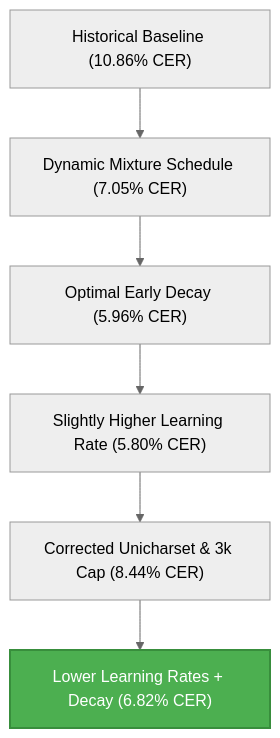
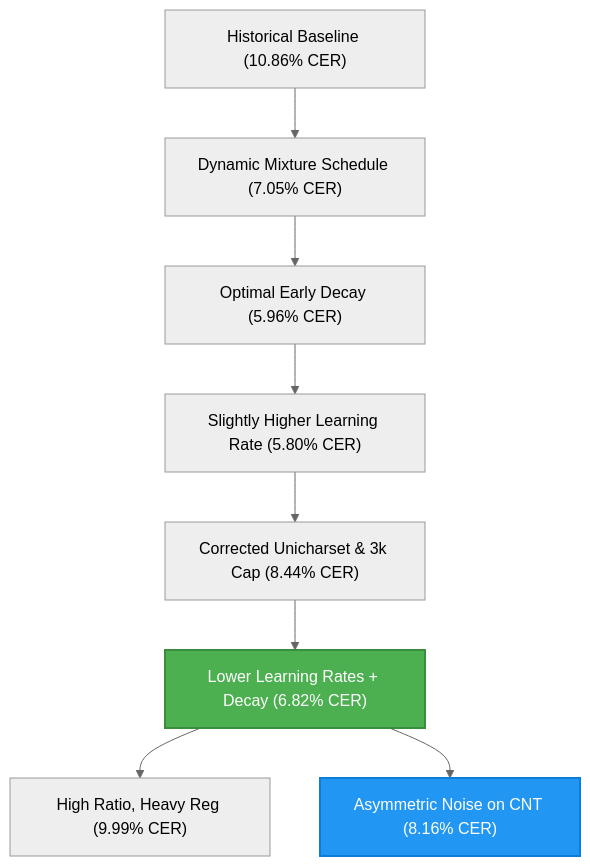
The diagram in backlog/docs/research/recent-training-sweeps-and-optimal-model-findings/doc-17 - Recent-Training-Sweeps-and-Optimal-Model-Findings.md (CharlieMcVicker/chr-ocr), drawn with Mermaid (neutral theme) before and after one commit. The commit also changed other lines of this file and 23 other files, not shown here.

````diff
--- a/backlog/docs/research/recent-training-sweeps-and-optimal-model-findings/doc-17 - Recent-Training-Sweeps-and-Optimal-Model-Findings.md
+++ b/backlog/docs/research/recent-training-sweeps-and-optimal-model-findings/doc-17 - Recent-Training-Sweeps-and-Optimal-Model-Findings.md
@@ -18,9 +18,12 @@
 ```mermaid
 graph TD
     A["Historical Baseline (10.86% CER)"] --> B["Dynamic Mixture Schedule (7.05% CER)"]
     B --> C["Optimal Early Decay (5.96% CER)"]
     C --> D["Slightly Higher Learning Rate (5.80% CER)"]
     D --> E["Corrected Unicharset & 3k Cap (8.44% CER)"]
     E --> F["Lower Learning Rates + Decay (6.82% CER)"]
+    F --> G["High Ratio, Heavy Reg (9.99% CER)"]
+    F --> H["Asymmetric Noise on CNT (8.16% CER)"]
     style F fill:#4CAF50,stroke:#388E3C,stroke-width:2px,color:#fff
+    style H fill:#2196F3,stroke:#0b7dda,stroke-width:2px,color:#fff
 ```
````
